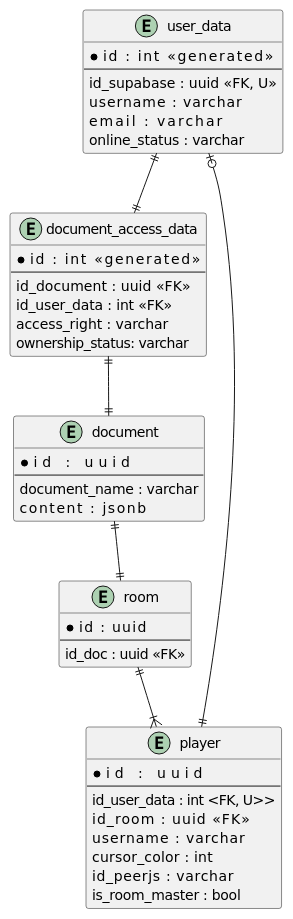
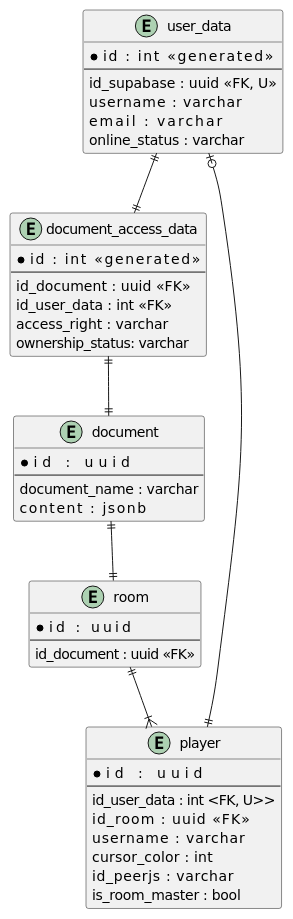
The diagram in packages/uml-design/lib/erd.plantuml (RayhanHamada/collabowrite), drawn with PlantUML before and after one commit.

Commit message:
feat(uml-design): tidy code

```diff
--- a/packages/uml-design/lib/erd.plantuml
+++ b/packages/uml-design/lib/erd.plantuml
@@ -1,52 +1,52 @@
 @startuml collabowrite_erd
 entity "user_data" as user_data {
     *id             : int <<generated>>
     --
     id_supabase     : uuid <<FK, U>>
     username        : varchar
     email           : varchar
     online_status   : varchar
 }
 
 entity "document_access_data" as document_access_data {
     *id             : int <<generated>>
     --
     id_document     : uuid <<FK>>
     id_user_data    : int <<FK>>
     access_right    : varchar
     ownership_status: varchar
 }
 
 entity "document" as document {
     *id             : uuid
     --
     document_name   : varchar
     content         : jsonb
 }
 
 entity "room" as room {
-    *id     : uuid
+    *id         : uuid
     --
-    id_doc  : uuid <<FK>>
+    id_document : uuid <<FK>>
 }
 
 entity "player" as player {
     *id             : uuid
     --
     id_user_data    : int <FK, U>>
     id_room         : uuid <<FK>>
     username        : varchar
     cursor_color    : int
     id_peerjs       : varchar
     is_room_master  : bool
 }
 
 
 user_data ||--|| document_access_data
 user_data |o--|| player
 document_access_data ||--|| document
 document ||--|| room
 room ||--|{ player
 
 
 @enduml
```
